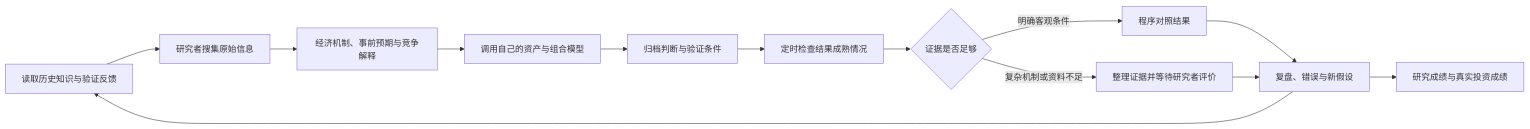
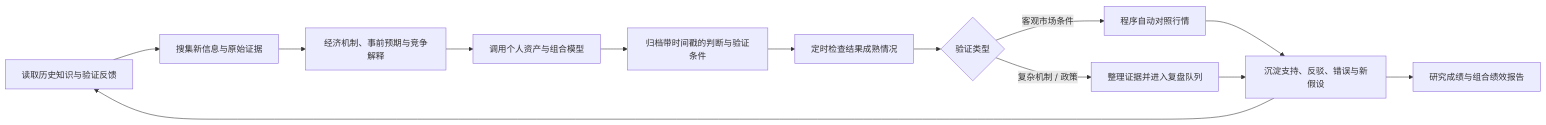
Before and after one commit to wysking/quantitera: the diagram in README.md, drawn with Mermaid. The commit also changed other lines of this file, not shown here.

````diff
--- a/README.md
+++ b/README.md
@@ -15,15 +30,15 @@
 ```mermaid
 flowchart LR
-    A[读取历史知识与验证反馈] --> B[研究者搜集原始信息]
+    A[读取历史知识与验证反馈] --> B[搜集新信息与原始证据]
     B --> C[经济机制、事前预期与竞争解释]
-    C --> D[调用自己的资产与组合模型]
-    D --> E[归档判断与验证条件]
+    C --> D[调用个人资产与组合模型]
+    D --> E[归档带时间戳的判断与验证条件]
     E --> F[定时检查结果成熟情况]
-    F --> G{证据是否足够}
-    G -->|明确客观条件| H[程序对照结果]
-    G -->|复杂机制或资料不足| I[整理证据并等待研究者评价]
-    H --> J[复盘、错误与新假设]
+    F --> G{验证类型}
+    G -->|客观市场条件| H[程序自动对照行情]
+    G -->|复杂机制 / 政策| I[整理证据并进入复盘队列]
+    H --> J[沉淀支持、反驳、错误与新假设]
     I --> J
     J --> A
-    J --> K[研究成绩与真实投资成绩]
+    J --> K[研究成绩与组合绩效报告]
 ```
````
